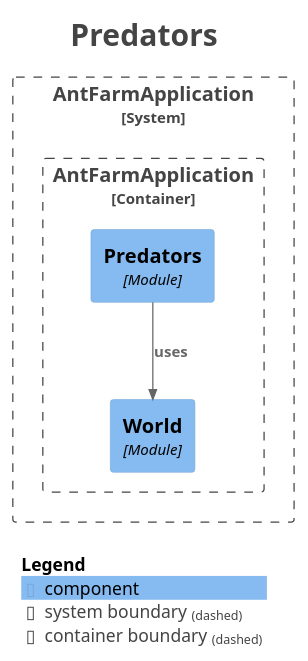
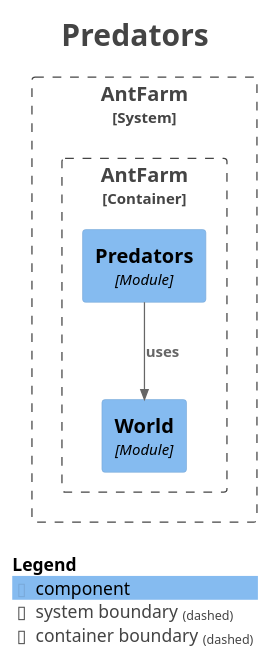
One commit to BlockCat/ddd-ants changed the diagram in src/main/resources/static/docs/module-predators.puml. Above: the diagram before and after it, drawn with PlantUML. The commit also changed 47 other files, not shown here.

First line of the commit message:
Refactor AntFarm application structure and enhance documentation

```diff
--- a/src/main/resources/static/docs/module-predators.puml
+++ b/src/main/resources/static/docs/module-predators.puml
@@ -1,30 +1,30 @@
 @startuml
 title <size:24>Predators</size>
 
 set separator none
 top to bottom direction
 
 <style>
   root {
     BackgroundColor: #ffffff
     FontColor: #444444
   }
 </style>
 
 !include <C4/C4>
 !include <C4/C4_Context>
 !include <C4/C4_Component>
 
-System_Boundary("AntFarmApplication_boundary", "AntFarmApplication", $tags="") {
-  Container_Boundary("AntFarmApplication.AntFarmApplication_boundary", "AntFarmApplication", $tags="") {
-    Component(AntFarmApplication.AntFarmApplication.World, "World", $techn="Module", $descr="", $tags="", $link="")
-    Component(AntFarmApplication.AntFarmApplication.Predators, "Predators", $techn="Module", $descr="", $tags="", $link="")
+System_Boundary("AntFarm_boundary", "AntFarm", $tags="") {
+  Container_Boundary("AntFarm.AntFarm_boundary", "AntFarm", $tags="") {
+    Component(AntFarm.AntFarm.World, "World", $techn="Module", $descr="", $tags="", $link="")
+    Component(AntFarm.AntFarm.Predators, "Predators", $techn="Module", $descr="", $tags="", $link="")
   }
 
 }
 
-Rel(AntFarmApplication.AntFarmApplication.Predators, AntFarmApplication.AntFarmApplication.World, "uses", $techn="", $tags="", $link="")
+Rel(AntFarm.AntFarm.Predators, AntFarm.AntFarm.World, "uses", $techn="", $tags="", $link="")
 
 SHOW_LEGEND(true)
 hide stereotypes
 @enduml
```
